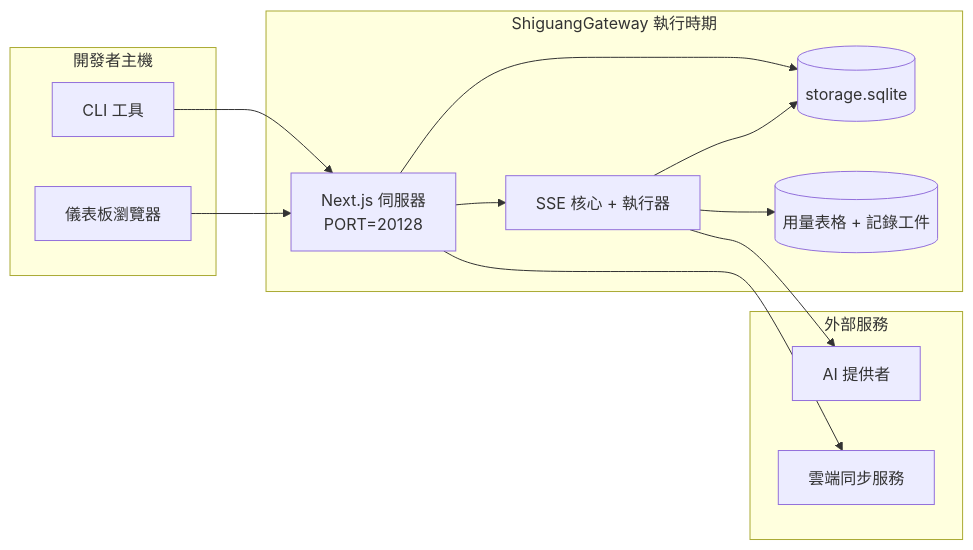
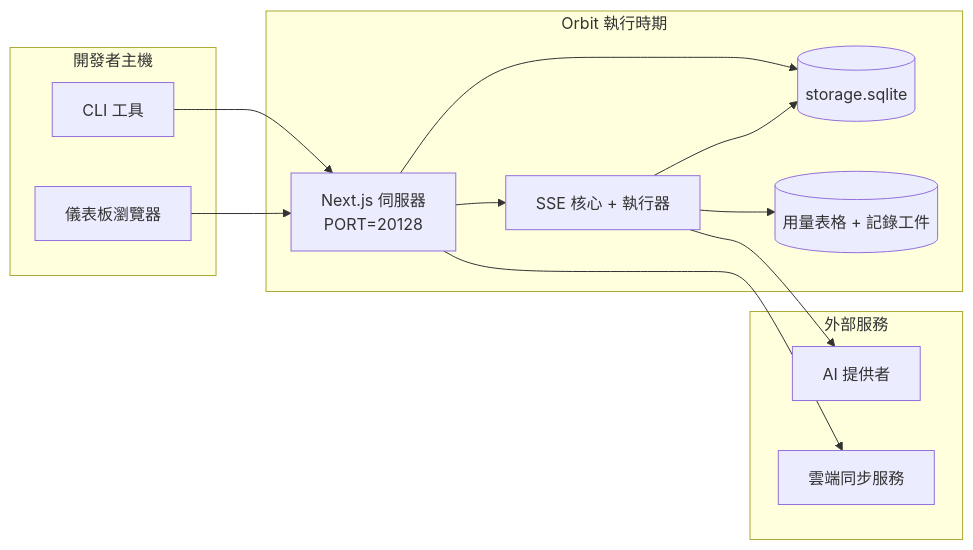
Before and after one commit to shiguang-lab/orbit: the seventh of 7 diagrams in packages/core/docs/i18n/zh-TW/docs/architecture/ARCHITECTURE.md, drawn with Mermaid. The commit also changed other lines of this file and 2405 other files, not shown here.

Commit message:
refactor: retire Shiguang Gateway identifiers

````diff
--- a/packages/core/docs/i18n/zh-TW/docs/architecture/ARCHITECTURE.md
+++ b/packages/core/docs/i18n/zh-TW/docs/architecture/ARCHITECTURE.md
@@ -783,28 +783,28 @@
 ```mermaid
 flowchart LR
     subgraph LocalHost[開發者主機]
         CLI[CLI 工具]
         Browser[儀表板瀏覽器]
     end
 
-    subgraph ContainerOrProcess[ShiguangGateway 執行時期]
+    subgraph ContainerOrProcess[Orbit 執行時期]
         Next[Next.js 伺服器\nPORT=20128]
         Core[SSE 核心 + 執行器]
         MainDB[(storage.sqlite)]
         UsageDB[(用量表格 + 記錄工件)]
     end
 
     subgraph External[外部服務]
         Providers[AI 提供者]
         SyncCloud[雲端同步服務]
     end
 
     CLI --> Next
     Browser --> Next
     Next --> Core
     Next --> MainDB
     Core --> MainDB
     Core --> UsageDB
     Core --> Providers
     Next --> SyncCloud
 ```
````
